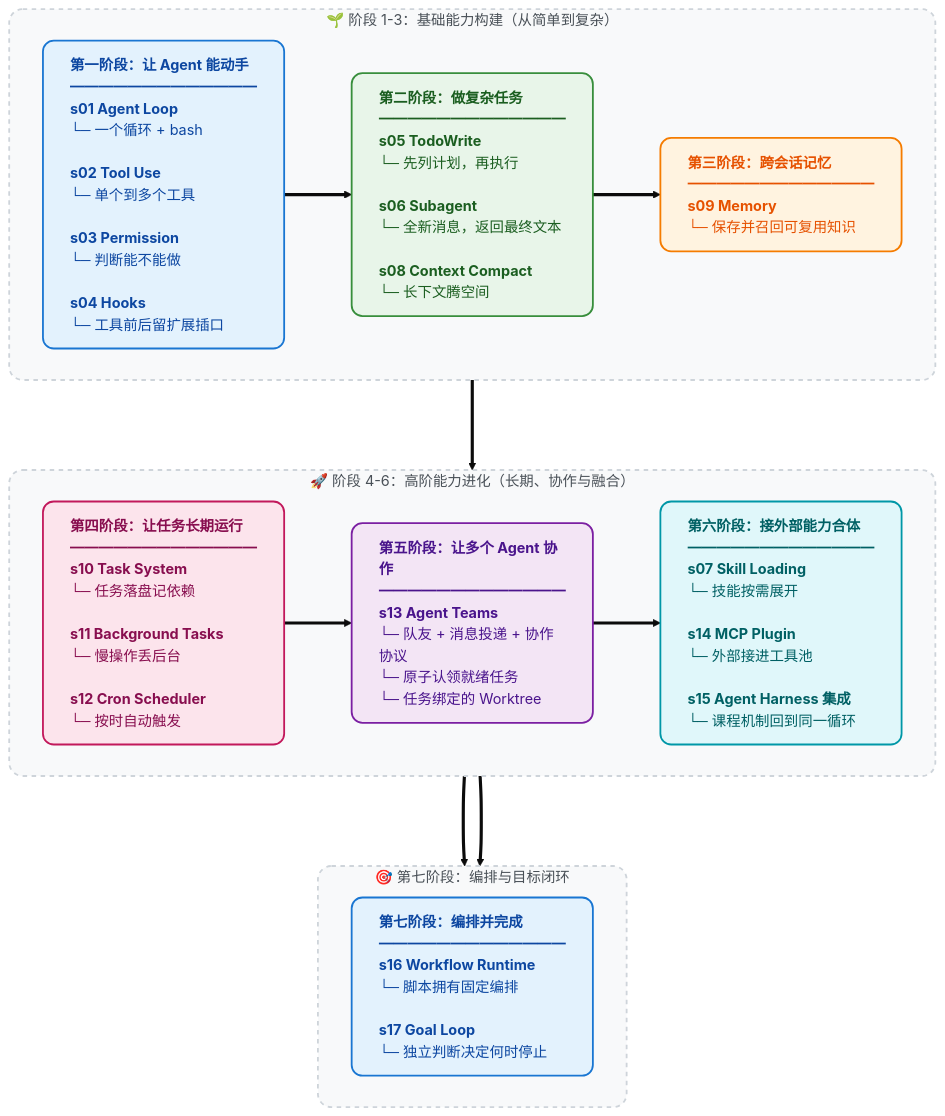
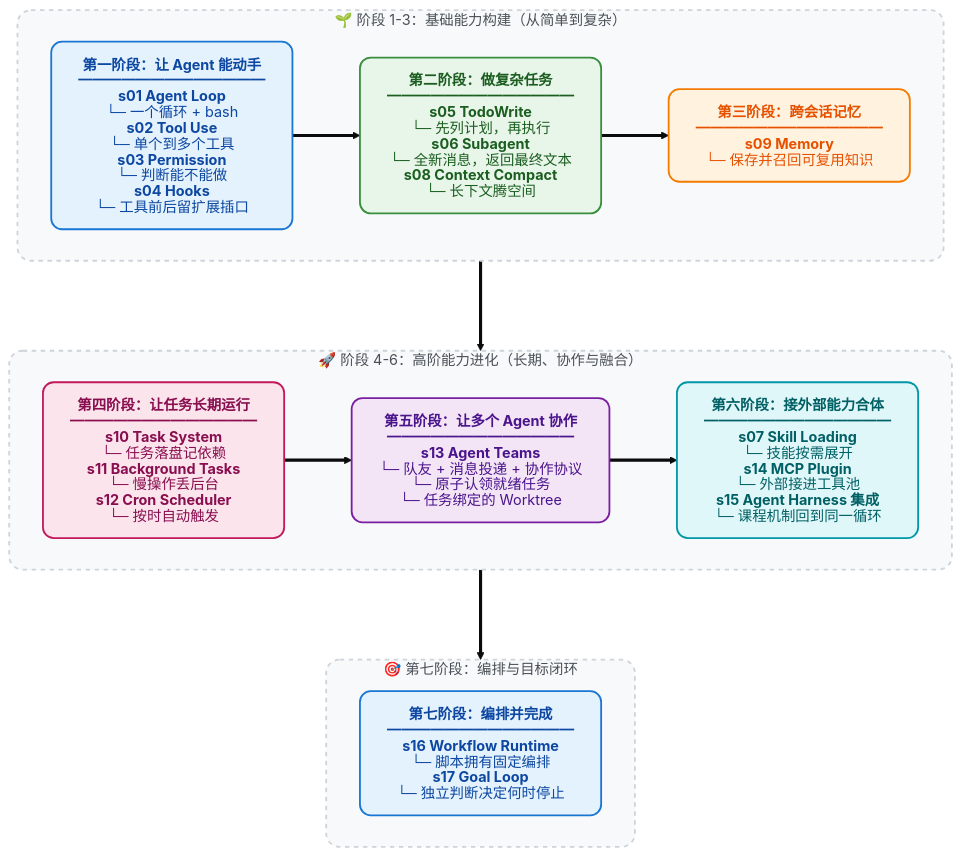
Before and after one commit to shareAI-lab/learn-claude-code: the diagram in README-zh.md, drawn with Mermaid (base theme). The commit also changed 2 other files, not shown here.

Commit message:
docs: fix learning path label wrapping and stage layout

````diff
--- a/README-zh.md
+++ b/README-zh.md
@@ -303,12 +303,18 @@
 ```mermaid
+---
+config:
+  htmlLabels: false
+  flowchart:
+    wrappingWidth: 260
+---
 flowchart TD
-    %% 统一定义卡片样式：加入 text-align:left 保证列表不会居中乱飘
-    classDef stage1 fill:#E3F2FD,stroke:#1976D2,stroke-width:2px,color:#0D47A1,rx:12,ry:12,text-align:left
-    classDef stage2 fill:#E8F5E9,stroke:#388E3C,stroke-width:2px,color:#1B5E20,rx:12,ry:12,text-align:left
-    classDef stage3 fill:#FFF3E0,stroke:#F57C00,stroke-width:2px,color:#E65100,rx:12,ry:12,text-align:left
-    classDef stage4 fill:#FCE4EC,stroke:#C2185b,stroke-width:2px,color:#880E4F,rx:12,ry:12,text-align:left
-    classDef stage5 fill:#F3E5F5,stroke:#7B1FA2,stroke-width:2px,color:#4A148C,rx:12,ry:12,text-align:left
-    classDef stage6 fill:#E0F7FA,stroke:#0097A7,stroke-width:2px,color:#006064,rx:12,ry:12,text-align:left
+    %% 统一定义卡片样式
+    classDef stage1 fill:#E3F2FD,stroke:#1976D2,stroke-width:2px,color:#0D47A1,rx:12,ry:12,text-align:center
+    classDef stage2 fill:#E8F5E9,stroke:#388E3C,stroke-width:2px,color:#1B5E20,rx:12,ry:12,text-align:center
+    classDef stage3 fill:#FFF3E0,stroke:#F57C00,stroke-width:2px,color:#E65100,rx:12,ry:12,text-align:center
+    classDef stage4 fill:#FCE4EC,stroke:#C2185b,stroke-width:2px,color:#880E4F,rx:12,ry:12,text-align:center
+    classDef stage5 fill:#F3E5F5,stroke:#7B1FA2,stroke-width:2px,color:#4A148C,rx:12,ry:12,text-align:center
+    classDef stage6 fill:#E0F7FA,stroke:#0097A7,stroke-width:2px,color:#006064,rx:12,ry:12,text-align:center
     
     %% 背景框样式
     classDef groupBox fill:#F8F9FA,stroke:#CED4DA,stroke-width:2px,stroke-dasharray: 5 5,rx:15,ry:15,color:#495057
@@ -316,11 +322,35 @@
     %% 第一层：1-3阶段
     subgraph Phase1 ["🌱 阶段 1-3：基础能力构建（从简单到复杂）"]
         direction LR
-        S1["<b>第一阶段：让 Agent 能动手</b><br/>━━━━━━━━━━━━━<br/><b>s01 Agent Loop</b><br/>└─ 一个循环 + bash<br/><br/><b>s02 Tool Use</b><br/>└─ 单个到多个工具<br/><br/><b>s03 Permission</b><br/>└─ 判断能不能做<br/><br/><b>s04 Hooks</b><br/>└─ 工具前后留扩展插口"]:::stage1
+        S1["`**第一阶段：让 Agent 能动手**
+━━━━━━━━━━━━━
+**s01 Agent Loop**
+└─ 一个循环 + bash
 
-        S2["<b>第二阶段：做复杂任务</b><br/>━━━━━━━━━━━━━<br/><b>s05 TodoWrite</b><br/>└─ 先列计划，再执行<br/><br/><b>s06 Subagent</b><br/>└─ 全新消息，返回最终文本<br/><br/><b>s08 Context Compact</b><br/>└─ 长下文腾空间"]:::stage2
+**s02 Tool Use**
+└─ 单个到多个工具
 
-        S3["<b>第三阶段：跨会话记忆</b><br/>━━━━━━━━━━━━━<br/><b>s09 Memory</b><br/>└─ 保存并召回可复用知识"]:::stage3
+**s03 Permission**
+└─ 判断能不能做
+
+**s04 Hooks**
+└─ 工具前后留扩展插口`"]:::stage1
+
+        S2["`**第二阶段：做复杂任务**
+━━━━━━━━━━━━━
+**s05 TodoWrite**
+└─ 先列计划，再执行
+
+**s06 Subagent**
+└─ 全新消息，返回最终文本
+
+**s08 Context Compact**
+└─ 长下文腾空间`"]:::stage2
+
+        S3["`**第三阶段：跨会话记忆**
+━━━━━━━━━━━━━
+**s09 Memory**
+└─ 保存并召回可复用知识`"]:::stage3
 
         S1 ==> S2 ==> S3
     end
@@ -328,11 +358,34 @@
     %% 第二层：4-6阶段
     subgraph Phase2 ["🚀 阶段 4-6：高阶能力进化（长期、协作与融合）"]
         direction LR
-        S4["<b>第四阶段：让任务长期运行</b><br/>━━━━━━━━━━━━━<br/><b>s10 Task System</b><br/>└─ 任务落盘记依赖<br/><br/><b>s11 Background Tasks</b><br/>└─ 慢操作丢后台<br/><br/><b>s12 Cron Scheduler</b><br/>└─ 按时自动触发"]:::stage4
+        S4["`**第四阶段：让任务长期运行**
+━━━━━━━━━━━━━
+**s10 Task System**
+└─ 任务落盘记依赖
 
-        S5["<b>第五阶段：让多个 Agent 协作</b><br/>━━━━━━━━━━━━━<br/><b>s13 Agent Teams</b><br/>└─ 队友 + 消息投递 + 协作协议<br/>└─ 原子认领就绪任务<br/>└─ 任务绑定的 Worktree"]:::stage5
+**s11 Background Tasks**
+└─ 慢操作丢后台
 
-        S6["<b>第六阶段：接外部能力合体</b><br/>━━━━━━━━━━━━━<br/><b>s07 Skill Loading</b><br/>└─ 技能按需展开<br/><br/><b>s14 MCP Plugin</b><br/>└─ 外部接进工具池<br/><br/><b>s15 Agent Harness 集成</b><br/>└─ 课程机制回到同一循环"]:::stage6
+**s12 Cron Scheduler**
+└─ 按时自动触发`"]:::stage4
+
+        S5["`**第五阶段：让多个 Agent 协作**
+━━━━━━━━━━━━━
+**s13 Agent Teams**
+└─ 队友 + 消息投递 + 协作协议
+└─ 原子认领就绪任务
+└─ 任务绑定的 Worktree`"]:::stage5
+
+        S6["`**第六阶段：接外部能力合体**
+━━━━━━━━━━━━━
+**s07 Skill Loading**
+└─ 技能按需展开
+
+**s14 MCP Plugin**
+└─ 外部接进工具池
+
+**s15 Agent Harness 集成**
+└─ 课程机制回到同一循环`"]:::stage6
 
         S4 ==> S5 ==> S6
     end
@@ -340,11 +393,17 @@
     %% 第三层：编排与目标闭环
     subgraph Phase3 ["🎯 第七阶段：编排与目标闭环"]
         direction LR
-        S7["<b>第七阶段：编排并完成</b><br/>━━━━━━━━━━━━━<br/><b>s16 Workflow Runtime</b><br/>└─ 脚本拥有固定编排<br/><br/><b>s17 Goal Loop</b><br/>└─ 独立判断决定何时停止"]:::stage1
-        S6 ==> S7
+        S7["`**第七阶段：编排并完成**
+━━━━━━━━━━━━━
+**s16 Workflow Runtime**
+└─ 脚本拥有固定编排
+
+**s17 Goal Loop**
+└─ 独立判断决定何时停止`"]:::stage1
     end
 
-    %% 将三个模块连接起来，形成 Z 字形阅读流
+    %% 连接三个阶段分组
+    %% Link groups, not their nodes, to preserve each group's LR direction.
     Phase1 ===> Phase2 ===> Phase3
 
     %% 应用背景样式
````
